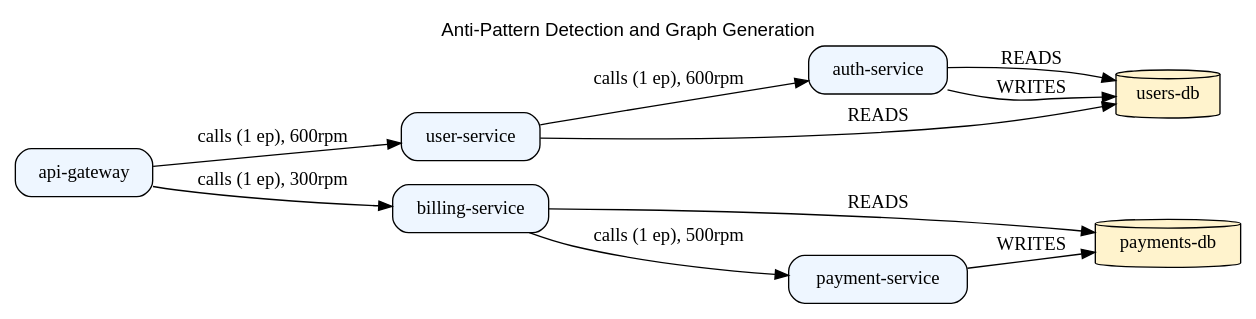
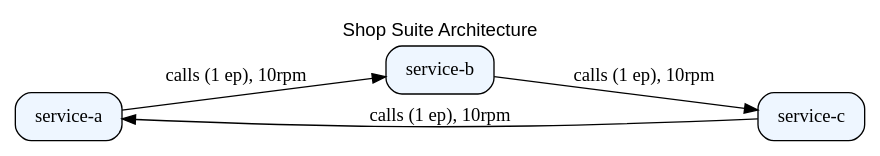
One commit to GoSim-25-26J-441/go-sim-backend changed the diagram in out/graph.dot. Above: the diagram before and after it, drawn with Graphviz. The commit also changed 7 other files, not shown here.

```diff
--- a/out/graph.dot
+++ b/out/graph.dot
@@ -1,21 +1,11 @@
 digraph G {
   rankdir=LR;
   node [shape=box, style=rounded];
-  labelloc="t"; label="Anti-Pattern Detection and Graph Generation"; fontname="Helvetica";
-  "DATABASE:payments-db" [label="payments-db", shape=cylinder,style="filled",fillcolor="#fff3cd"];
-  "SERVICE:api-gateway" [label="api-gateway", shape=box,style="rounded,filled",fillcolor="#eef6ff"];
-  "SERVICE:user-service" [label="user-service", shape=box,style="rounded,filled",fillcolor="#eef6ff"];
-  "SERVICE:auth-service" [label="auth-service", shape=box,style="rounded,filled",fillcolor="#eef6ff"];
-  "SERVICE:billing-service" [label="billing-service", shape=box,style="rounded,filled",fillcolor="#eef6ff"];
-  "SERVICE:payment-service" [label="payment-service", shape=box,style="rounded,filled",fillcolor="#eef6ff"];
-  "DATABASE:users-db" [label="users-db", shape=cylinder,style="filled",fillcolor="#fff3cd"];
-  "SERVICE:api-gateway" -> "SERVICE:user-service" [label="calls (1 ep), 600rpm", tooltip="edge#0"];
-  "SERVICE:api-gateway" -> "SERVICE:billing-service" [label="calls (1 ep), 300rpm", tooltip="edge#1"];
-  "SERVICE:user-service" -> "SERVICE:auth-service" [label="calls (1 ep), 600rpm", tooltip="edge#2"];
-  "SERVICE:user-service" -> "DATABASE:users-db" [label="READS", tooltip="edge#3"];
-  "SERVICE:auth-service" -> "DATABASE:users-db" [label="READS", tooltip="edge#4"];
-  "SERVICE:auth-service" -> "DATABASE:users-db" [label="WRITES", tooltip="edge#5"];
-  "SERVICE:billing-service" -> "SERVICE:payment-service" [label="calls (1 ep), 500rpm", tooltip="edge#6"];
-  "SERVICE:billing-service" -> "DATABASE:payments-db" [label="READS", tooltip="edge#7"];
-  "SERVICE:payment-service" -> "DATABASE:payments-db" [label="WRITES", tooltip="edge#8"];
+  labelloc="t"; label="Shop Suite Architecture"; fontname="Helvetica";
+  "SERVICE:service-a" [label="service-a", shape=box,style="rounded,filled",fillcolor="#eef6ff"];
+  "SERVICE:service-b" [label="service-b", shape=box,style="rounded,filled",fillcolor="#eef6ff"];
+  "SERVICE:service-c" [label="service-c", shape=box,style="rounded,filled",fillcolor="#eef6ff"];
+  "SERVICE:service-a" -> "SERVICE:service-b" [label="calls (1 ep), 10rpm", tooltip="edge#0"];
+  "SERVICE:service-b" -> "SERVICE:service-c" [label="calls (1 ep), 10rpm", tooltip="edge#1"];
+  "SERVICE:service-c" -> "SERVICE:service-a" [label="calls (1 ep), 10rpm", tooltip="edge#2"];
 }
```
